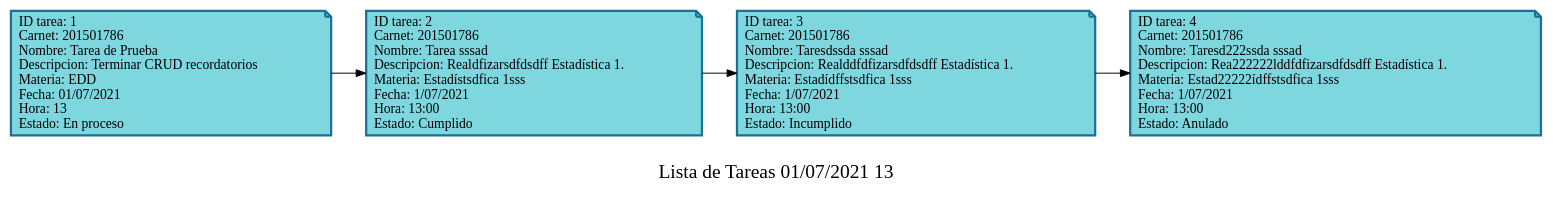
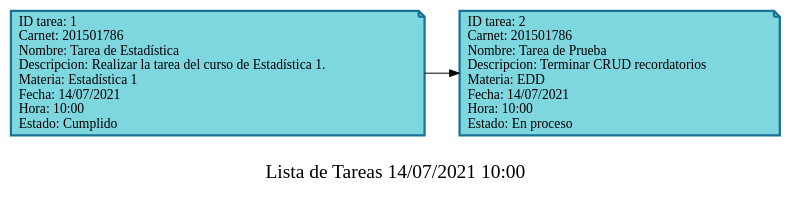
Before and after one commit to DanielDubonDR/EDD_SmartClass_201901772: the diagram in Fase_2/Archivos_dot/ListaTareas.dot, drawn with Graphviz. The commit also changed 3 other files, not shown here.

```diff
--- a/Fase_2/Archivos_dot/ListaTareas.dot
+++ b/Fase_2/Archivos_dot/ListaTareas.dot
@@ -1,14 +1,10 @@
 
         digraph List {
         rankdir=LR;
-        label="\nLista de Tareas 01/07/2021 13 " fontsize=20;
+        label="\nLista de Tareas 14/07/2021 10:00 " fontsize=20;
         node [shape = note, color="#187296", style=filled, fillcolor="#7ed6df" penwidth=2.3];
         
-		N1 [label="\ID tarea: 1 \lCarnet: 201501786 \lNombre: Tarea de Prueba \lDescripcion: Terminar CRUD recordatorios \lMateria: EDD \lFecha: 01/07/2021 \lHora: 13 \lEstado: En proceso\l"];
-		N2 [label="\ID tarea: 2 \lCarnet: 201501786 \lNombre: Tarea sssad \lDescripcion: Realdfizarsdfdsdff Estadística 1. \lMateria: Estadístsdfica 1sss \lFecha: 1/07/2021 \lHora: 13:00 \lEstado: Cumplido\l"];
-		N3 [label="\ID tarea: 3 \lCarnet: 201501786 \lNombre: Taresdssda sssad \lDescripcion: Realddfdfizarsdfdsdff Estadística 1. \lMateria: Estadídffstsdfica 1sss \lFecha: 1/07/2021 \lHora: 13:00 \lEstado: Incumplido\l"];
-		N4 [label="\ID tarea: 4 \lCarnet: 201501786 \lNombre: Taresd222ssda sssad \lDescripcion: Rea222222lddfdfizarsdfdsdff Estadística 1. \lMateria: Estad22222ídffstsdfica 1sss \lFecha: 1/07/2021 \lHora: 13:00 \lEstado: Anulado\l"];
+		N1 [label="\ID tarea: 1 \lCarnet: 201501786 \lNombre: Tarea de Estadística \lDescripcion: Realizar la tarea del curso de Estadística 1. \lMateria: Estadística 1 \lFecha: 14/07/2021 \lHora: 10:00 \lEstado: Cumplido\l"];
+		N2 [label="\ID tarea: 2 \lCarnet: 201501786 \lNombre: Tarea de Prueba \lDescripcion: Terminar CRUD recordatorios \lMateria: EDD \lFecha: 14/07/2021 \lHora: 10:00 \lEstado: En proceso\l"];
 		N1 -> N2
-		N2 -> N3
-		N3 -> N4
 }
```
